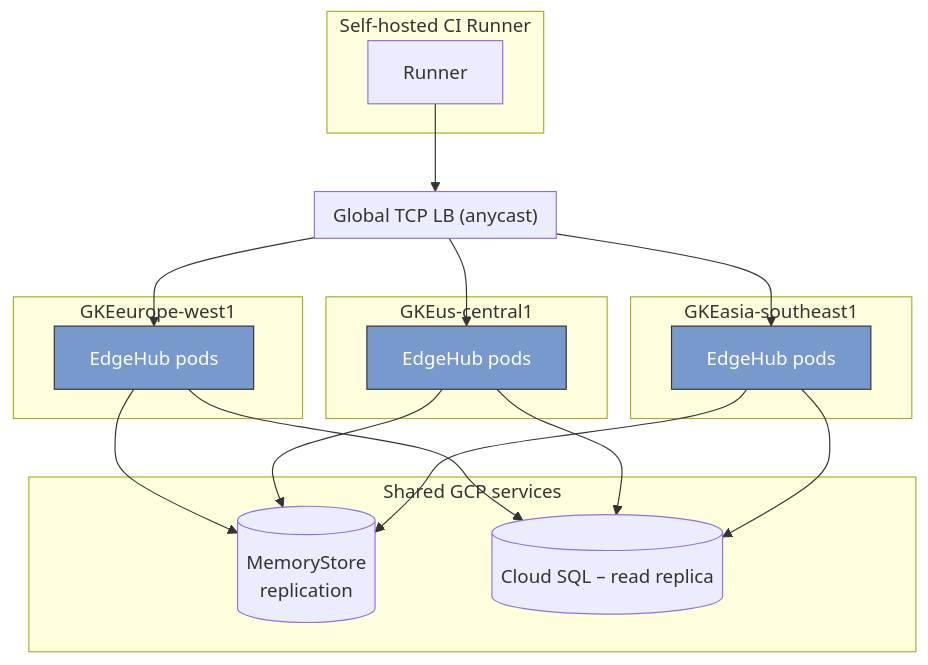
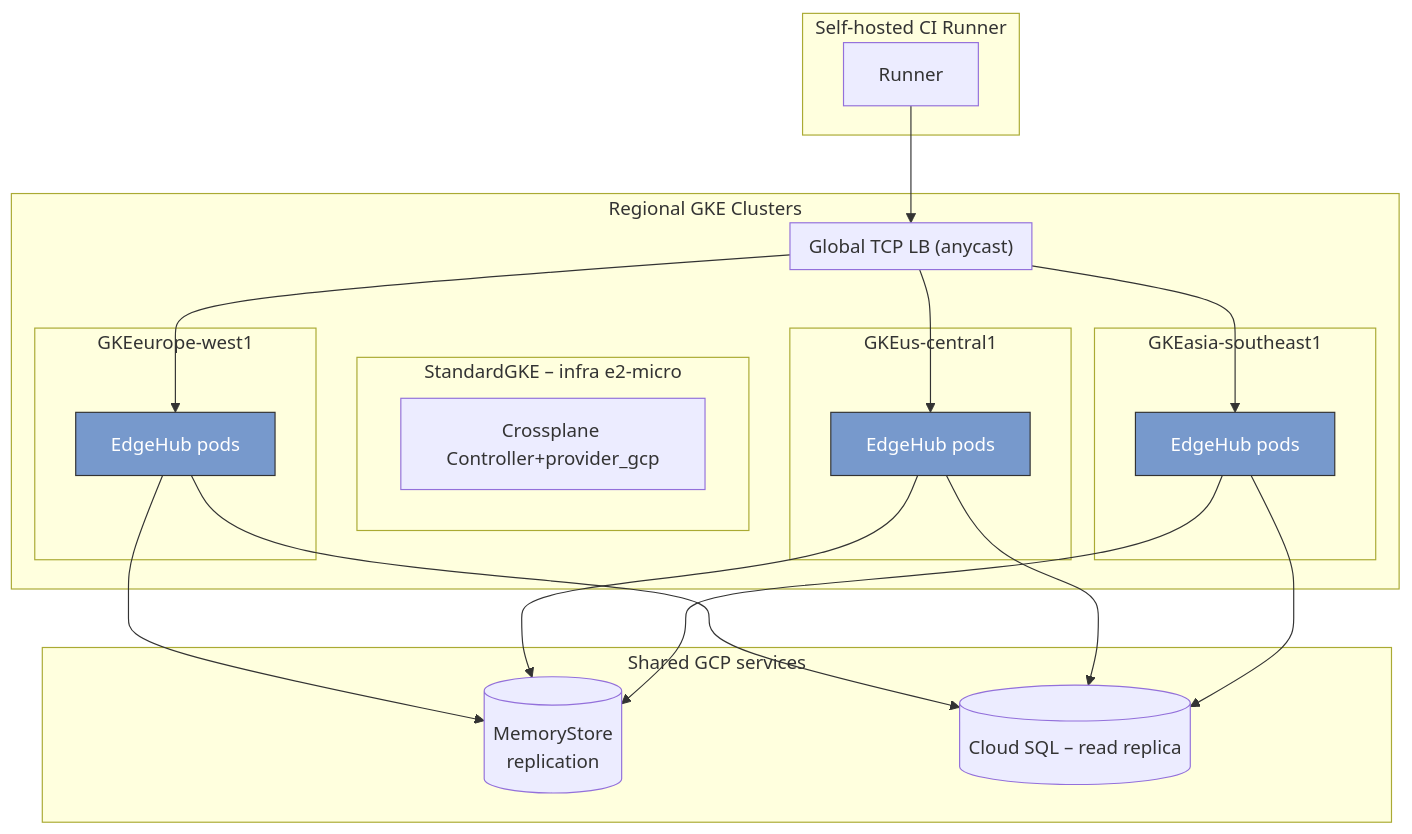
Before and after one commit to microscaler/fleetingdns: the second of 2 diagrams in docs/engineering/E0-Cloud_POC_infrastructure.md, drawn with Mermaid.

Commit message:
Updates to architecture

````diff
--- a/docs/engineering/E0-Cloud_POC_infrastructure.md
+++ b/docs/engineering/E0-Cloud_POC_infrastructure.md
@@ -146,32 +146,38 @@
 ```mermaid
 flowchart TD
   subgraph GlobalLB["Global TCP LB (anycast)"]
   end
 
-  subgraph EU["GKEeurope‑west1"]
-    EdgeEU[EdgeHub pods]
+subgraph Regions["Regional GKE Clusters"]
+    subgraph GKE_Infra["StandardGKE – infra e2‑micro"]
+      Crossplane[Crossplane Controller+provider_gcp]
+    end
+    subgraph EU["GKEeurope‑west1"]
+      EdgeEU[EdgeHub pods]
+    end
+    subgraph US["GKEus‑central1"]
+      EdgeUS[EdgeHub pods]
+    end
+    subgraph APAC["GKEasia‑southeast1"]
+      EdgeAP[EdgeHub pods]
+    end
+    GlobalLB --> EdgeEU & EdgeUS & EdgeAP
+    classDef edge fill:#79c,stroke:#333,color:#fff;
+    class EdgeEU,EdgeUS,EdgeAP edge;
   end
-  subgraph US["GKEus‑central1"]
-    EdgeUS[EdgeHub pods]
-  end
-  subgraph APAC["GKEasia‑southeast1"]
-    EdgeAP[EdgeHub pods]
-  end
-  GlobalLB --> EdgeEU & EdgeUS & EdgeAP
-  classDef edge fill:#79c,stroke:#333,color:#fff;
-  class EdgeEU,EdgeUS,EdgeAP edge;
+
 
   subgraph ManagedGcp["Shared GCP services"]
     RedisG[(MemoryStore
 replication)]
     SQLG[(Cloud SQL – read replica)]
   end
   EdgeEU --> RedisG & SQLG
   EdgeUS --> RedisG & SQLG
   EdgeAP --> RedisG & SQLG
 
   subgraph Hetzner["Self‑hosted CI Runner"]
     RunnerH[Runner]
   end
   RunnerH --> GlobalLB
 ```
````
